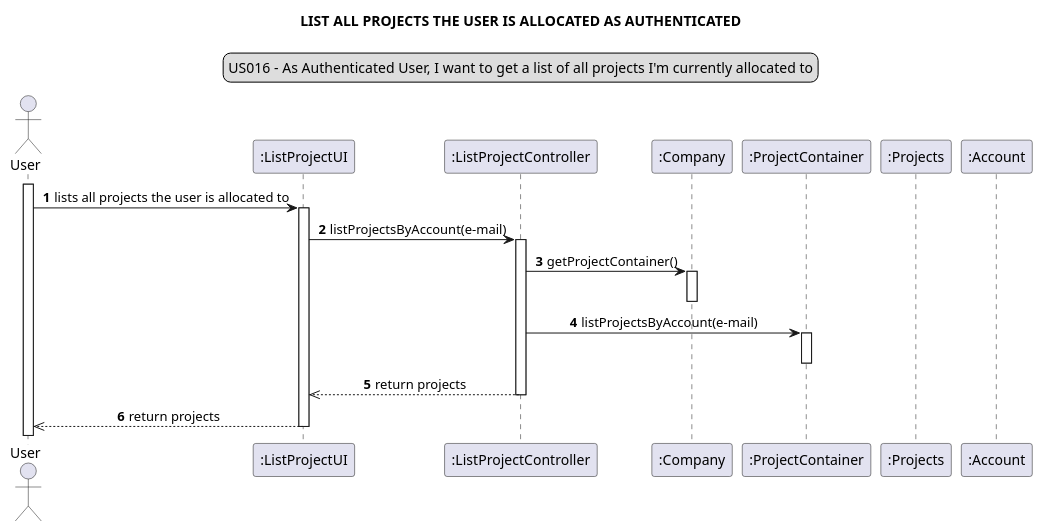
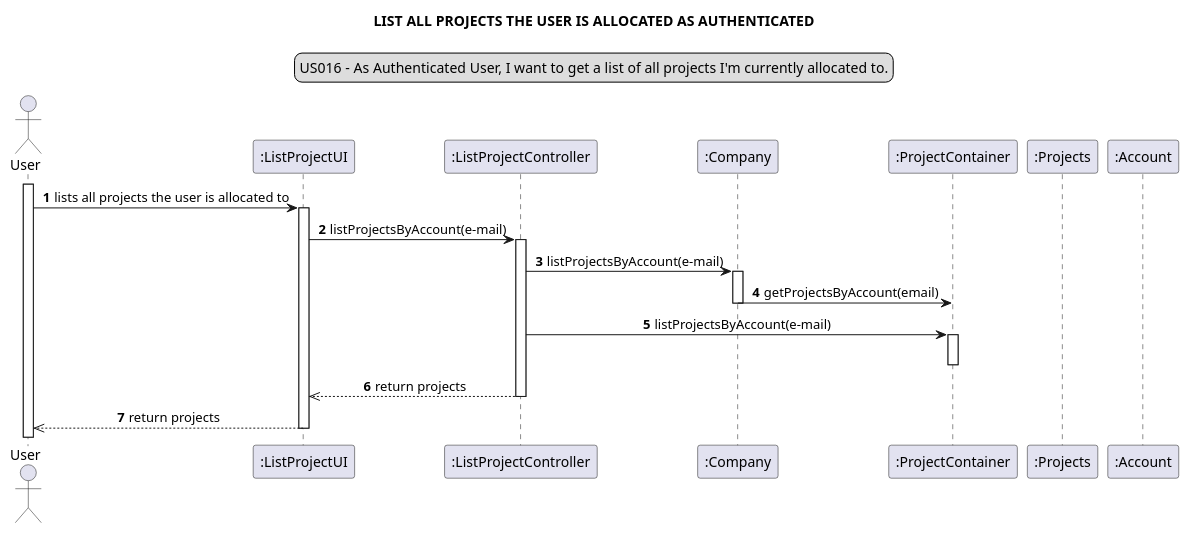
The diagram in docs/modelling_design/user_stories/us016/US016_sequenceDiagram.puml (Loracline/project_switch_22-23), drawn with PlantUML before and after one commit. The commit also changed 1 other file, not shown here.

Commit message:
US 016: design: update class diagram and sequence diagram

```diff
--- a/docs/modelling_design/user_stories/us016/US016_sequenceDiagram.puml
+++ b/docs/modelling_design/user_stories/us016/US016_sequenceDiagram.puml
@@ -1,33 +1,34 @@
 @startuml
 skinparam sequenceMessageAlign center
 title LIST ALL PROJECTS THE USER IS ALLOCATED AS AUTHENTICATED
 legend top
-US016 - As Authenticated User, I want to get a list of all projects I'm currently allocated to
+US016 - As Authenticated User, I want to get a list of all projects I'm currently allocated to.
 end legend
 autonumber
 actor User
 participant ":ListProjectUI" as ui
 participant ":ListProjectController" as controller
 participant ":Company" as company
 participant ":ProjectContainer" as container
 participant ":Projects" as project
 participant ":Account" as account
 
 activate User
 User -> ui: lists all projects the user is allocated to
 activate ui
 ui -> controller: listProjectsByAccount(e-mail)
 activate controller
-controller -> company: getProjectContainer()
+controller -> company: listProjectsByAccount(e-mail)
 activate company
+company -> container: getProjectsByAccount(email)
 deactivate company
 controller -> container: listProjectsByAccount(e-mail)
 
 activate container
 deactivate container
 controller -->> ui: return projects
 deactivate controller
 ui -->>User: return projects
 deactivate ui
 
 @enduml
```
